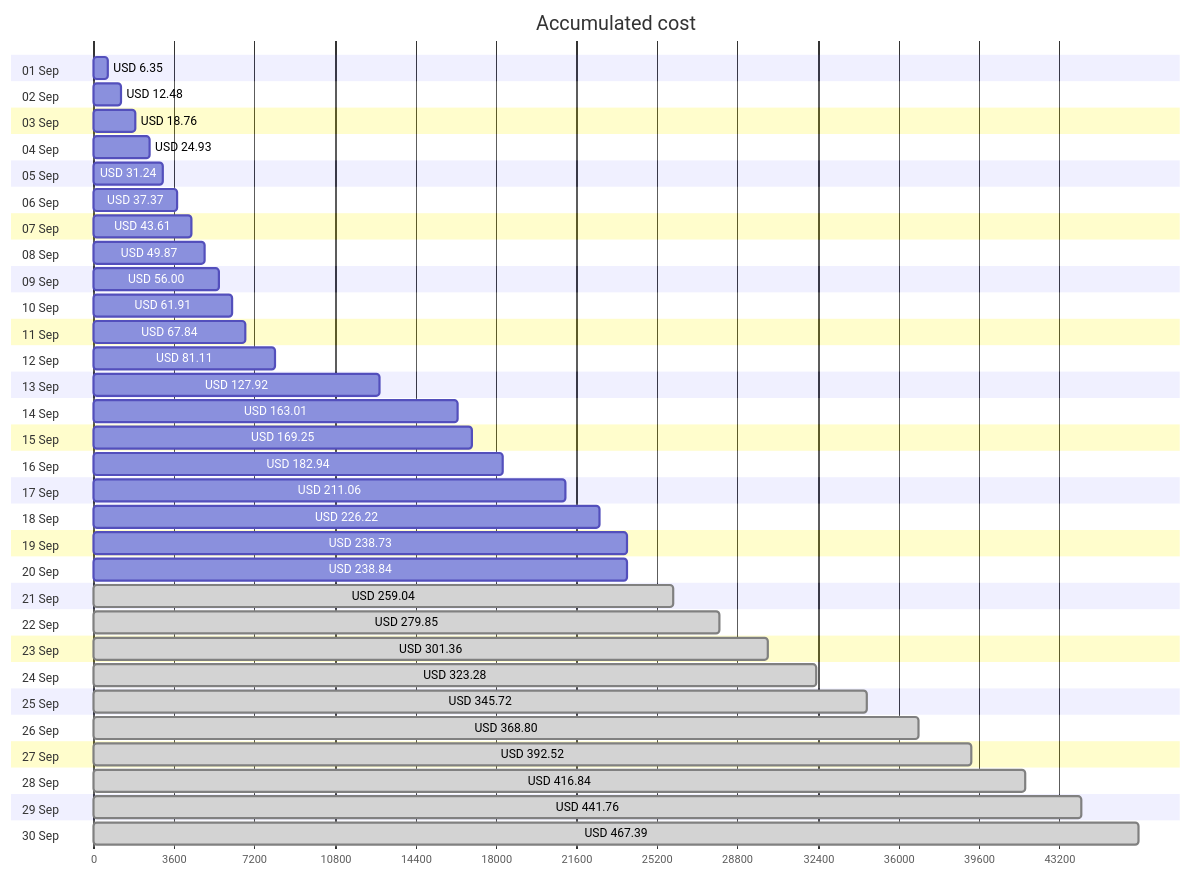
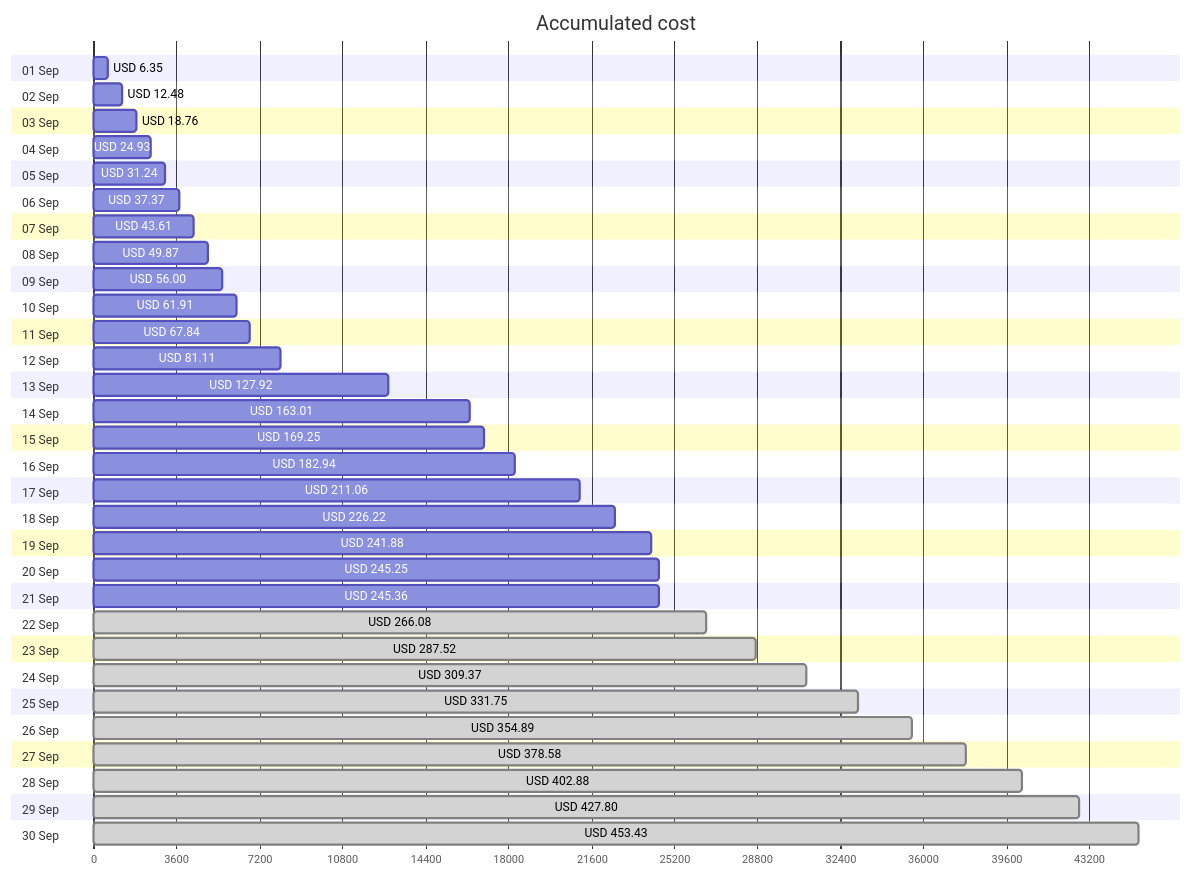
Before and after one commit to jpfulton/azure-personal-reports: the first of 4 diagrams in cost-reports/accumulated-cost.md, drawn with Mermaid. The commit also changed other lines of this file and 4 other files, not shown here.

````diff
--- a/cost-reports/accumulated-cost.md
+++ b/cost-reports/accumulated-cost.md
@@ -20,66 +20,66 @@
 ```mermaid
 gantt
    title Accumulated cost
    dateFormat  X
    axisFormat %s
    section 01 Sep
    USD 6.35 :0, 635
    section 02 Sep
    USD 12.48 :0, 1248
    section 03 Sep
    USD 18.76 :0, 1876
    section 04 Sep
    USD 24.93 :0, 2493
    section 05 Sep
    USD 31.24 :0, 3124
    section 06 Sep
    USD 37.37 :0, 3737
    section 07 Sep
    USD 43.61 :0, 4361
    section 08 Sep
    USD 49.87 :0, 4987
    section 09 Sep
    USD 56.00 :0, 5600
    section 10 Sep
    USD 61.91 :0, 6191
    section 11 Sep
    USD 67.84 :0, 6784
    section 12 Sep
    USD 81.11 :0, 8111
    section 13 Sep
    USD 127.92 :0, 12792
    section 14 Sep
    USD 163.01 :0, 16301
    section 15 Sep
    USD 169.25 :0, 16925
    section 16 Sep
    USD 182.94 :0, 18294
    section 17 Sep
    USD 211.06 :0, 21106
    section 18 Sep
    USD 226.22 :0, 22622
    section 19 Sep
-   USD 238.73 :0, 23873
+   USD 241.88 :0, 24188
    section 20 Sep
-   USD 238.84 :0, 23884
+   USD 245.25 :0, 24525
    section 21 Sep
-   USD 259.04 : done, 0, 25904
+   USD 245.36 :0, 24536
    section 22 Sep
-   USD 279.85 : done, 0, 27985
+   USD 266.08 : done, 0, 26608
    section 23 Sep
-   USD 301.36 : done, 0, 30136
+   USD 287.52 : done, 0, 28752
    section 24 Sep
-   USD 323.28 : done, 0, 32328
+   USD 309.37 : done, 0, 30937
    section 25 Sep
-   USD 345.72 : done, 0, 34572
+   USD 331.75 : done, 0, 33175
    section 26 Sep
-   USD 368.80 : done, 0, 36880
+   USD 354.89 : done, 0, 35489
    section 27 Sep
-   USD 392.52 : done, 0, 39252
+   USD 378.58 : done, 0, 37858
    section 28 Sep
-   USD 416.84 : done, 0, 41684
+   USD 402.88 : done, 0, 40288
    section 29 Sep
-   USD 441.76 : done, 0, 44176
+   USD 427.80 : done, 0, 42780
    section 30 Sep
-   USD 467.39 : done, 0, 46739
+   USD 453.43 : done, 0, 45343
 ```
````
